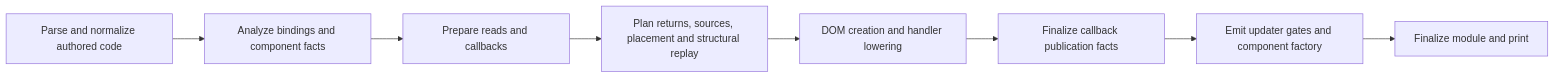
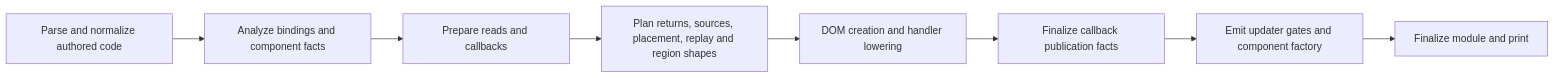
One commit to snrraptopack/memo-exp changed the diagram in docs/compiler-architecture.md. Above: the diagram before and after it, drawn with Mermaid. The commit also changed other lines of this file and 20 other files, not shown here.

Commit message:
refactor(compiler): plan list callback and conditional branch shapes

````diff
--- a/docs/compiler-architecture.md
+++ b/docs/compiler-architecture.md
@@ -17,10 +17,10 @@
 ```mermaid
 flowchart LR
   A[Parse and normalize authored code] --> B[Analyze bindings and component facts]
   B --> C[Prepare reads and callbacks]
-  C --> D[Plan returns, sources, placement and structural replay]
+  C --> D[Plan returns, sources, placement, replay and region shapes]
   D --> E[DOM creation and handler lowering]
   E --> P[Finalize callback publication facts]
   P --> U[Emit updater gates and component factory]
   U --> F[Finalize module and print]
 ```
````
